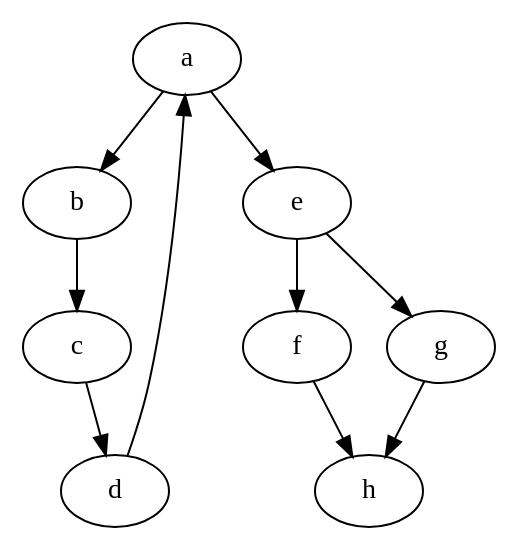
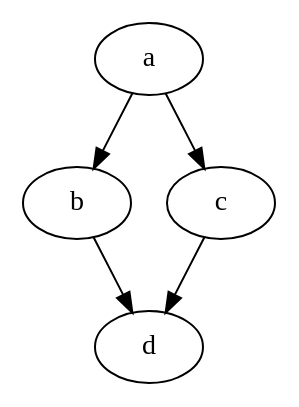
The diagram in src/main/resources/input.dot (Fonz-Hamilton/CSE-464-2024-Cahamil1), drawn with Graphviz before and after one commit. The commit also changed 3 other files, not shown here.

```diff
--- a/src/main/resources/input.dot
+++ b/src/main/resources/input.dot
@@ -1,11 +1,6 @@
 digraph {
     a -> b;
-    b -> c;
+    a -> c;
+    b -> d;
     c -> d;
-    d -> a;
-    a -> e;
-    e -> f;
-    e -> g;
-    f -> h;
-    g -> h;
 }
```
